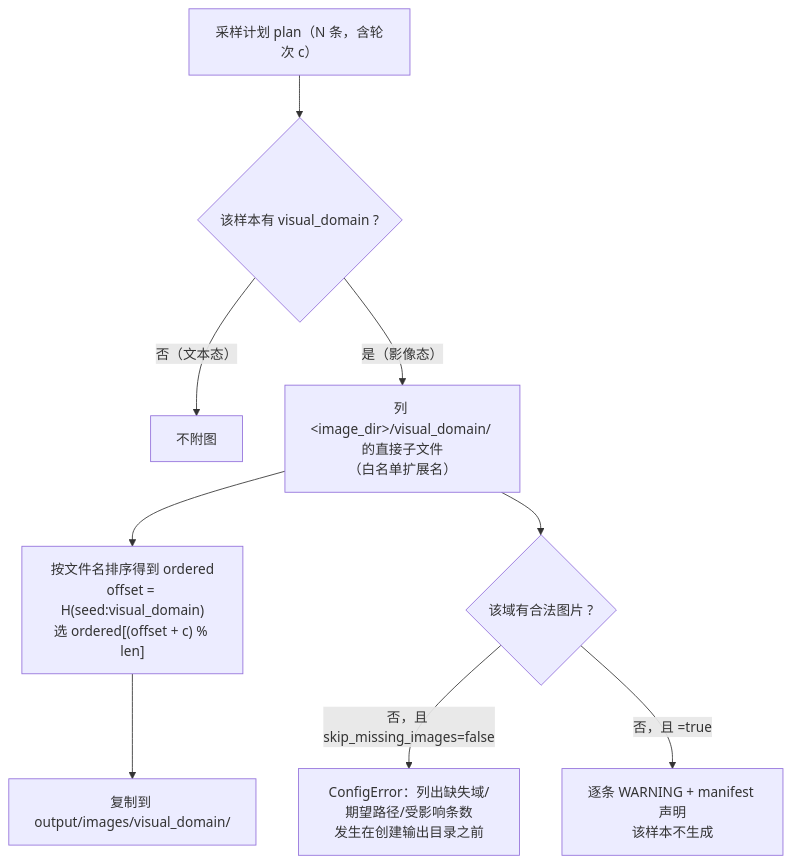
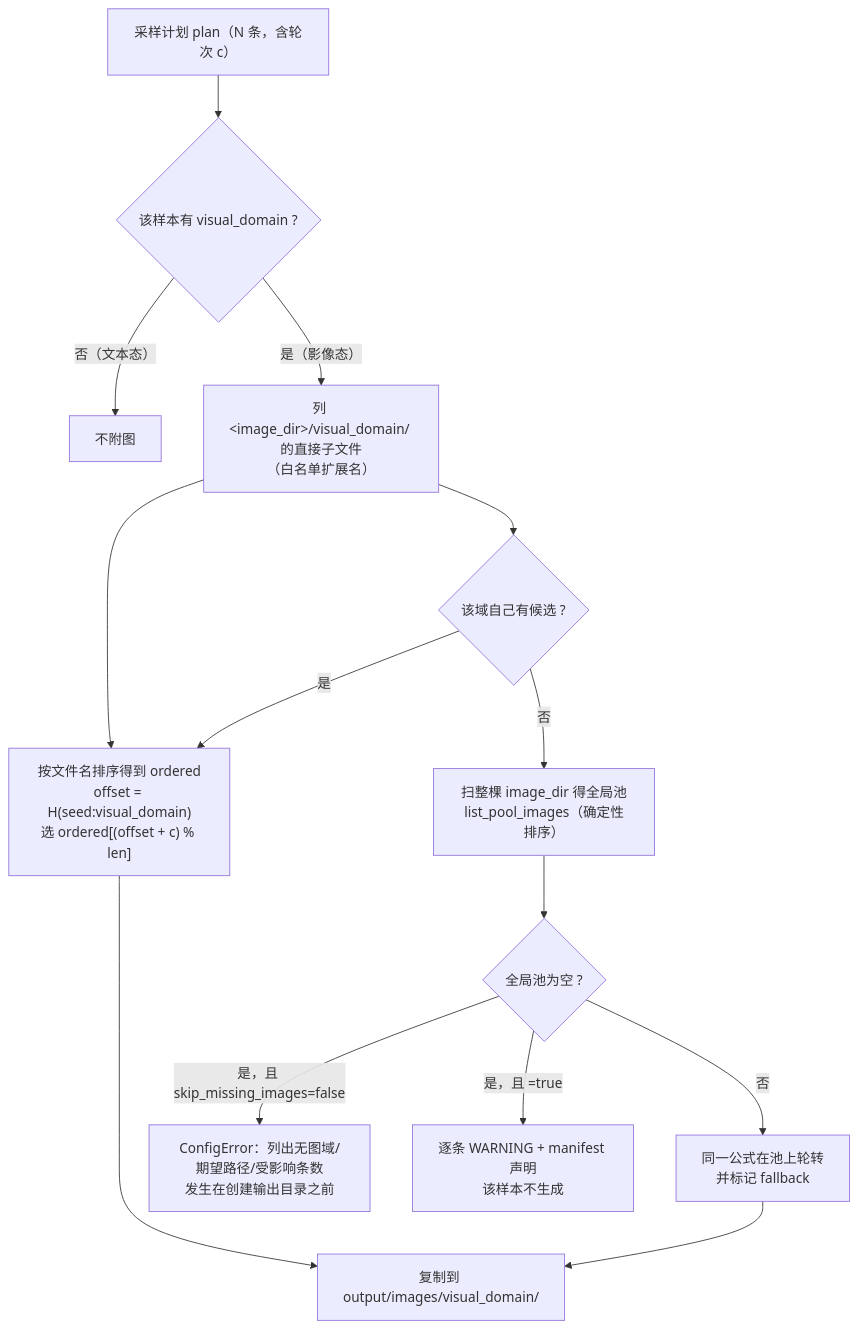
One commit to godthrone/anchor-replay-distillation changed the fifth of 5 diagrams in docs/architecture.md. Above: the diagram before and after it, drawn with Mermaid. The commit also changed other lines of this file and 9 other files, not shown here.

````diff
--- a/docs/architecture.md
+++ b/docs/architecture.md
@@ -241,11 +244,15 @@
 ```mermaid
 flowchart TD
     P["采样计划 plan（N 条，含轮次 c）"] --> Q{"该样本有 visual_domain ?"}
     Q -- "否（文本态）" --> T["不附图"]
     Q -- "是（影像态）" --> D["列 &lt;image_dir&gt;/visual_domain/ 的直接子文件<br/>（白名单扩展名）"]
     D --> R["按文件名排序得到 ordered<br/>offset = H(seed:visual_domain)<br/>选 ordered[(offset + c) % len]"]
     R --> C["复制到 output/images/visual_domain/"]
-    D --> M{"该域有合法图片 ?"}
-    M -- "否，且 skip_missing_images=false" --> X["ConfigError：列出缺失域/期望路径/受影响条数<br/>发生在创建输出目录之前"]
-    M -- "否，且 =true" --> W["逐条 WARNING + manifest 声明<br/>该样本不生成"]
+    D --> M{"该域自己有候选 ?"}
+    M -- "是" --> R
+    M -- "否" --> Z["扫整棵 image_dir 得全局池<br/>list_pool_images（确定性排序）"]
+    Z --> ZP{"全局池为空 ?"}
+    ZP -- "否" --> ZR["同一公式在池上轮转<br/>并标记 fallback"] --> C
+    ZP -- "是，且 skip_missing_images=false" --> X["ConfigError：列出无图域/期望路径/受影响条数<br/>发生在创建输出目录之前"]
+    ZP -- "是，且 =true" --> W["逐条 WARNING + manifest 声明<br/>该样本不生成"]
 ```
````
